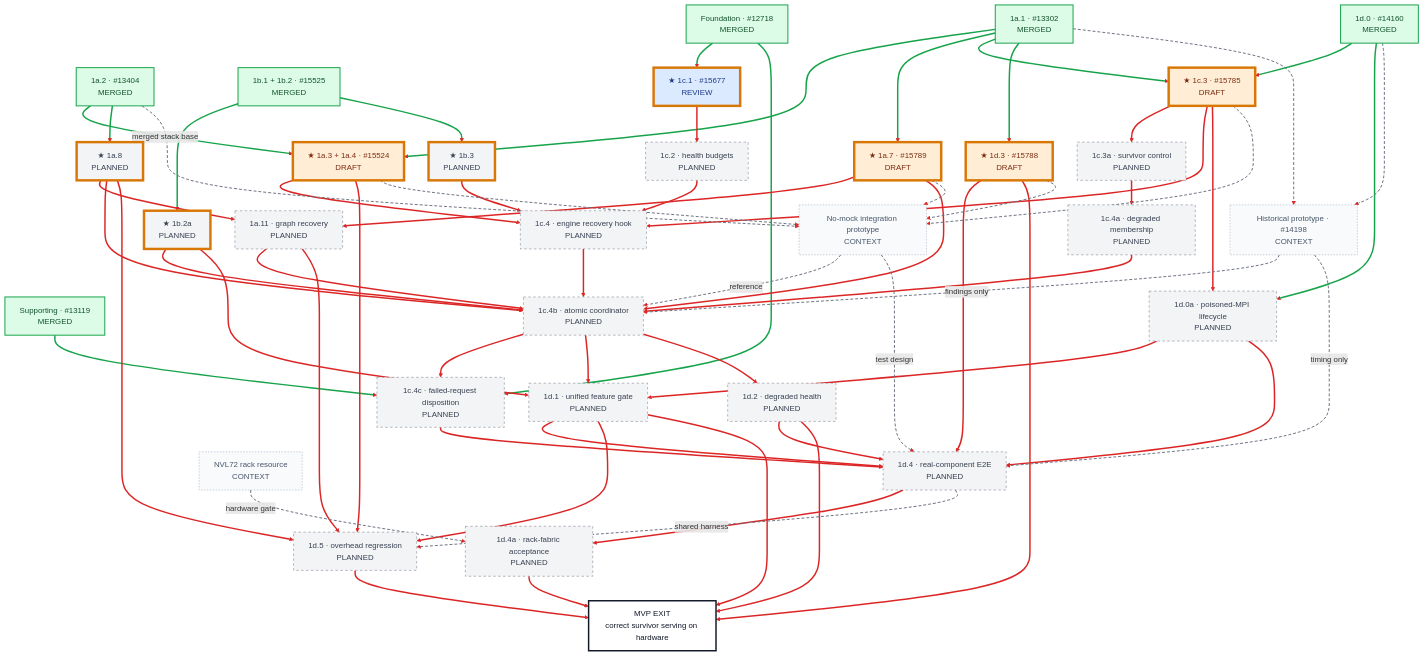
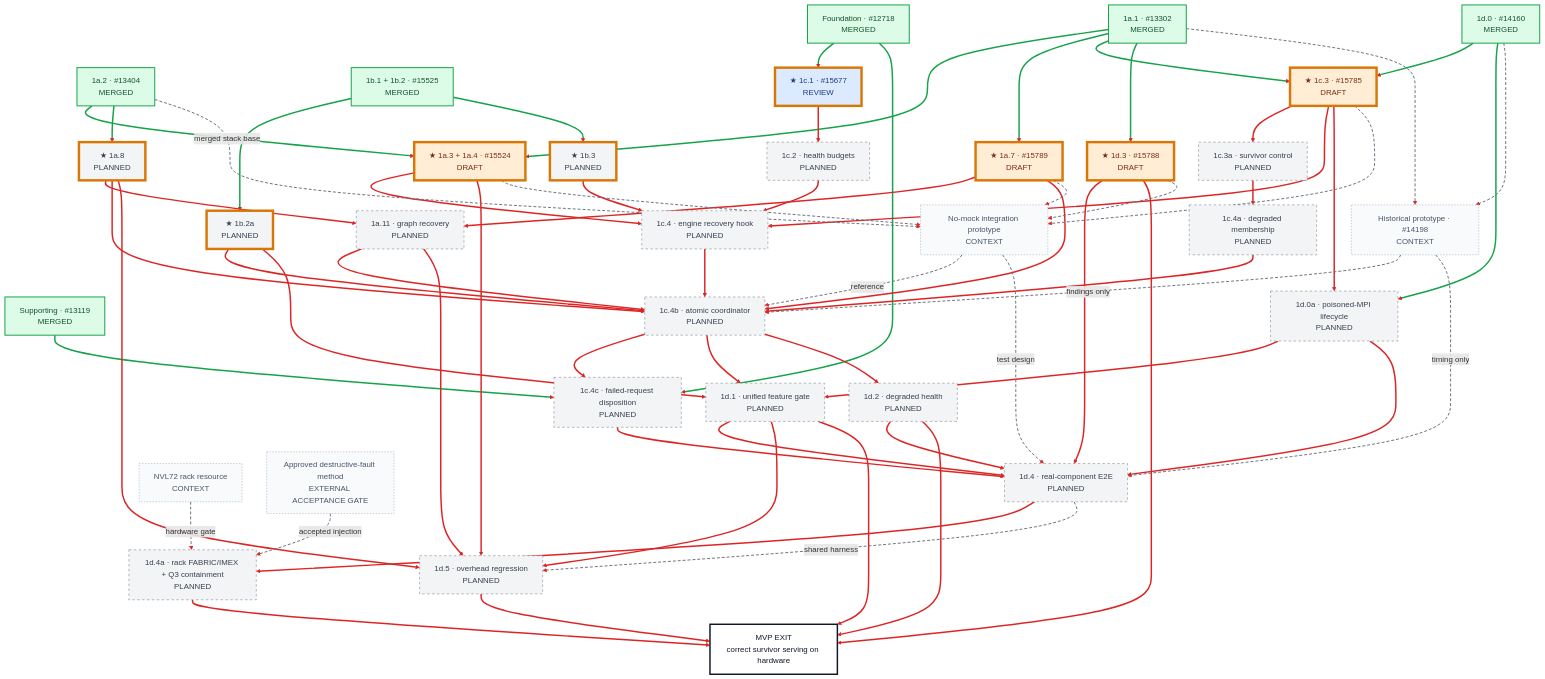
The second of 8 diagrams in docs/design/wide-ep-fault-tolerance/pr-execution/mvp-dependency-graph.md (chienchunhung/TensorRT-LLM), drawn with Mermaid before and after one commit. The commit also changed other lines of this file and 27 other files, not shown here.

````diff
--- a/docs/design/wide-ep-fault-tolerance/pr-execution/mvp-dependency-graph.md
+++ b/docs/design/wide-ep-fault-tolerance/pr-execution/mvp-dependency-graph.md
@@ -131,12 +131,13 @@
     D1_2["1d.2 · degraded health<br/>PLANNED"]
     D1_4["1d.4 · real-component E2E<br/>PLANNED"]
     D1_5["1d.5 · overhead regression<br/>PLANNED"]
-    D1_4A["1d.4a · rack-fabric acceptance<br/>PLANNED"]
+    D1_4A["1d.4a · rack FABRIC/IMEX + Q3 containment<br/>PLANNED"]
     MVP_EXIT["MVP EXIT<br/>correct survivor serving on hardware"]
 
     OLD_PROTO["Historical prototype · #14198<br/>CONTEXT"]
     NEW_PROTO["No-mock integration prototype<br/>CONTEXT"]
     NVL72_RESOURCE["NVL72 rack resource<br/>CONTEXT"]
+    APPROVED_FAULT_METHOD["Approved destructive-fault method<br/>EXTERNAL ACCEPTANCE GATE"]
 
     %% Satisfied hard dependencies: edges 0–12
     A1_1 --> A1_34
@@ -191,7 +192,7 @@
     D1_4A --> MVP_EXIT
     D1_5 --> MVP_EXIT
 
-    %% Non-blocking context: edges 49–61
+    %% Non-blocking context and external acceptance prerequisites: edges 49–62
     D1_4 -.->|shared harness| D1_5
     A1_1 -.-> OLD_PROTO
     D1_0 -.-> OLD_PROTO
@@ -205,10 +206,11 @@
     NEW_PROTO -.->|reference| C1_4B
     NEW_PROTO -.->|test design| D1_4
     NVL72_RESOURCE -.->|hardware gate| D1_4A
+    APPROVED_FAULT_METHOD -.->|accepted injection| D1_4A
 
     linkStyle default stroke:#dc2626,stroke-width:3px;
     linkStyle 0,1,2,3,4,5,6,7,8,9,10,11,12 stroke:#16a34a,stroke-width:3px;
-    linkStyle 49,50,51,52,53,54,55,56,57,58,59,60,61 stroke:#6b7280,stroke-width:2px,stroke-dasharray:6 4;
+    linkStyle 49,50,51,52,53,54,55,56,57,58,59,60,61,62 stroke:#6b7280,stroke-width:2px,stroke-dasharray:6 4;
 
     classDef merged fill:#dcfce7,stroke:#16a34a,color:#14532d,stroke-width:2px;
     classDef draft fill:#ffedd5,stroke:#f97316,color:#7c2d12,stroke-width:2px;
@@ -222,7 +224,7 @@
     class A1_34,A1_7,C1_3,D1_3 draft;
     class C1_1 reviewing;
     class A1_8,A1_11,B1_2A,B1_3,C1_2,C1_3A,C1_4,C1_4A,C1_4B,C1_4C,D1_0A,D1_1,D1_2,D1_4,D1_4A,D1_5 planned;
-    class OLD_PROTO,NEW_PROTO,NVL72_RESOURCE context;
+    class OLD_PROTO,NEW_PROTO,NVL72_RESOURCE,APPROVED_FAULT_METHOD context;
     class MVP_EXIT gate;
     class A1_34,A1_7,A1_8,B1_2A,B1_3,C1_1,C1_3,D1_3 candidate;
 ```
````
